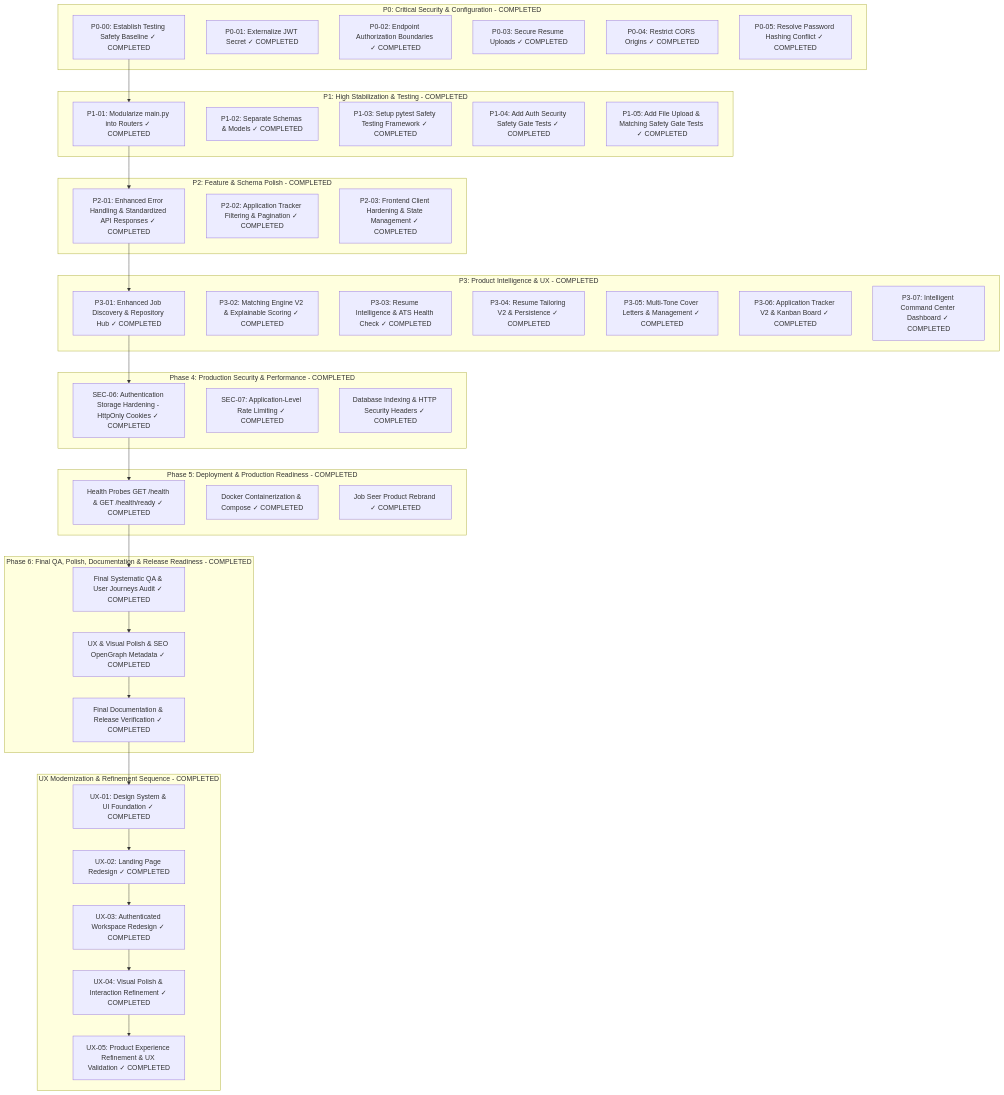
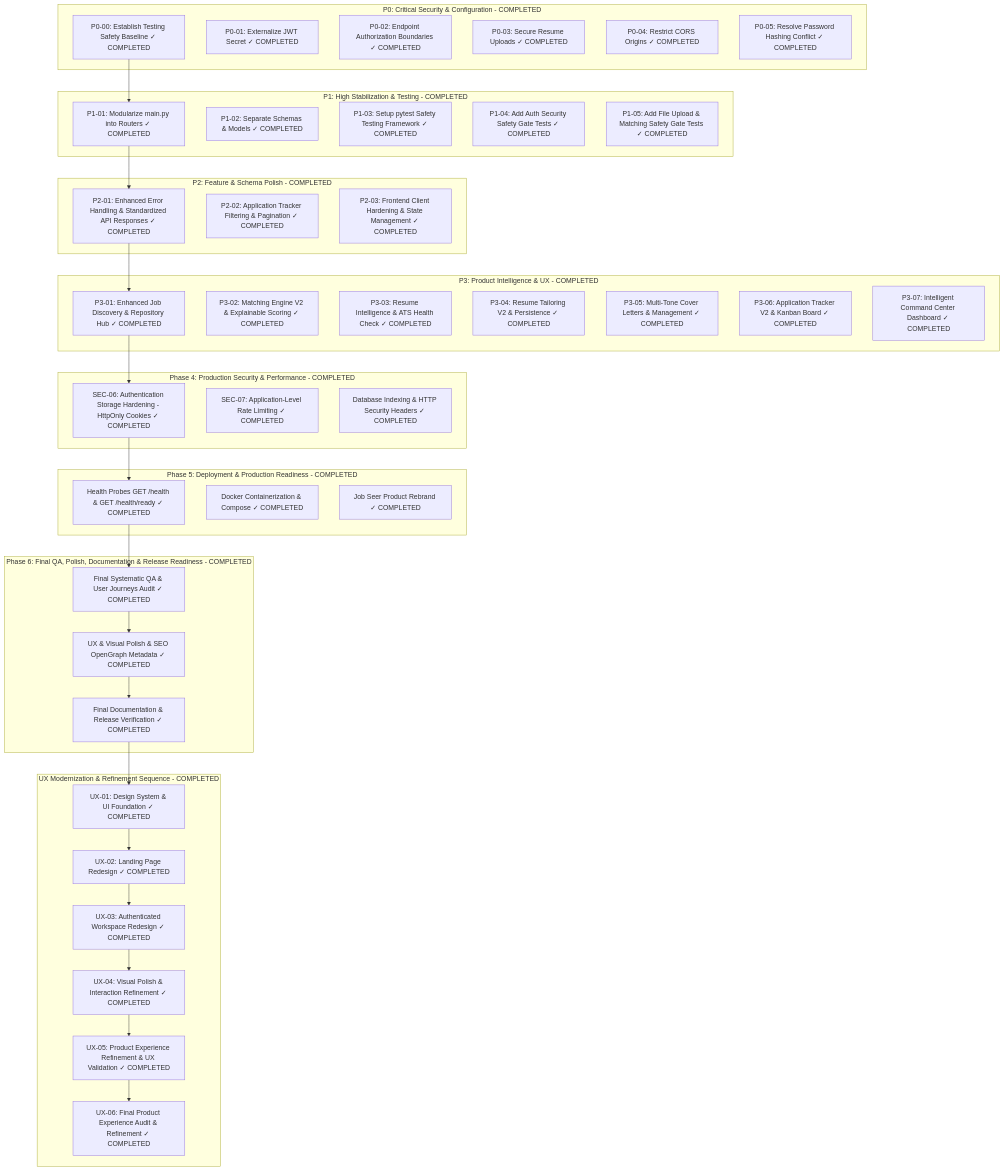
The diagram in docs/ROADMAP.md (AlvinMutie/Job-seer), drawn with Mermaid before and after one commit. The commit also changed other lines of this file and 41 other files, not shown here.

````diff
--- a/docs/ROADMAP.md
+++ b/docs/ROADMAP.md
@@ -9,63 +9,64 @@
 ```mermaid
 flowchart TD
     subgraph P0 [P0: Critical Security & Configuration - COMPLETED]
         P0-00[P0-00: Establish Testing Safety Baseline ✓ COMPLETED]
         P0-01[P0-01: Externalize JWT Secret ✓ COMPLETED]
         P0-02[P0-02: Endpoint Authorization Boundaries ✓ COMPLETED]
         P0-03[P0-03: Secure Resume Uploads ✓ COMPLETED]
         P0-04[P0-04: Restrict CORS Origins ✓ COMPLETED]
         P0-05[P0-05: Resolve Password Hashing Conflict ✓ COMPLETED]
     end
 
     subgraph P1 [P1: High Stabilization & Testing - COMPLETED]
         P1-01[P1-01: Modularize main.py into Routers ✓ COMPLETED]
         P1-02[P1-02: Separate Schemas & Models ✓ COMPLETED]
         P1-03[P1-03: Setup pytest Safety Testing Framework ✓ COMPLETED]
         P1-04[P1-04: Add Auth Security Safety Gate Tests ✓ COMPLETED]
         P1-05[P1-05: Add File Upload & Matching Safety Gate Tests ✓ COMPLETED]
     end
 
     subgraph P2 [P2: Feature & Schema Polish - COMPLETED]
         P2-01[P2-01: Enhanced Error Handling & Standardized API Responses ✓ COMPLETED]
         P2-02[P2-02: Application Tracker Filtering & Pagination ✓ COMPLETED]
         P2-03[P2-03: Frontend Client Hardening & State Management ✓ COMPLETED]
     end
 
     subgraph P3 [P3: Product Intelligence & UX - COMPLETED]
         P3-01[P3-01: Enhanced Job Discovery & Repository Hub ✓ COMPLETED]
         P3-02[P3-02: Matching Engine V2 & Explainable Scoring ✓ COMPLETED]
         P3-03[P3-03: Resume Intelligence & ATS Health Check ✓ COMPLETED]
         P3-04[P3-04: Resume Tailoring V2 & Persistence ✓ COMPLETED]
         P3-05[P3-05: Multi-Tone Cover Letters & Management ✓ COMPLETED]
         P3-06[P3-06: Application Tracker V2 & Kanban Board ✓ COMPLETED]
         P3-07[P3-07: Intelligent Command Center Dashboard ✓ COMPLETED]
     end
 
     subgraph P4 [Phase 4: Production Security & Performance - COMPLETED]
         P4-SEC06[SEC-06: Authentication Storage Hardening - HttpOnly Cookies ✓ COMPLETED]
         P4-SEC07[SEC-07: Application-Level Rate Limiting ✓ COMPLETED]
         P4-PERF[Database Indexing & HTTP Security Headers ✓ COMPLETED]
     end
 
     subgraph P5 [Phase 5: Deployment & Production Readiness - COMPLETED]
         P5-HEALTH[Health Probes GET /health & GET /health/ready ✓ COMPLETED]
         P5-DOCKER[Docker Containerization & Compose ✓ COMPLETED]
         P5-REBRAND[Job Seer Product Rebrand ✓ COMPLETED]
     end
 
     subgraph P6 [Phase 6: Final QA, Polish, Documentation & Release Readiness - COMPLETED]
         P6-QA[Final Systematic QA & User Journeys Audit ✓ COMPLETED]
         P6-POLISH[UX & Visual Polish & SEO OpenGraph Metadata ✓ COMPLETED]
         P6-DOCS[Final Documentation & Release Verification ✓ COMPLETED]
     end
 
     subgraph UX [UX Modernization & Refinement Sequence - COMPLETED]
         UX-01[UX-01: Design System & UI Foundation ✓ COMPLETED]
         UX-02[UX-02: Landing Page Redesign ✓ COMPLETED]
         UX-03[UX-03: Authenticated Workspace Redesign ✓ COMPLETED]
         UX-04[UX-04: Visual Polish & Interaction Refinement ✓ COMPLETED]
         UX-05[UX-05: Product Experience Refinement & UX Validation ✓ COMPLETED]
+        UX-06[UX-06: Final Product Experience Audit & Refinement ✓ COMPLETED]
     end
 
-    P0-00 --> P1-01 --> P2-01 --> P3-01 --> P4-SEC06 --> P5-HEALTH --> P6-QA --> P6-POLISH --> P6-DOCS --> UX-01 --> UX-02 --> UX-03 --> UX-04 --> UX-05
+    P0-00 --> P1-01 --> P2-01 --> P3-01 --> P4-SEC06 --> P5-HEALTH --> P6-QA --> P6-POLISH --> P6-DOCS --> UX-01 --> UX-02 --> UX-03 --> UX-04 --> UX-05 --> UX-06
 ```
````
